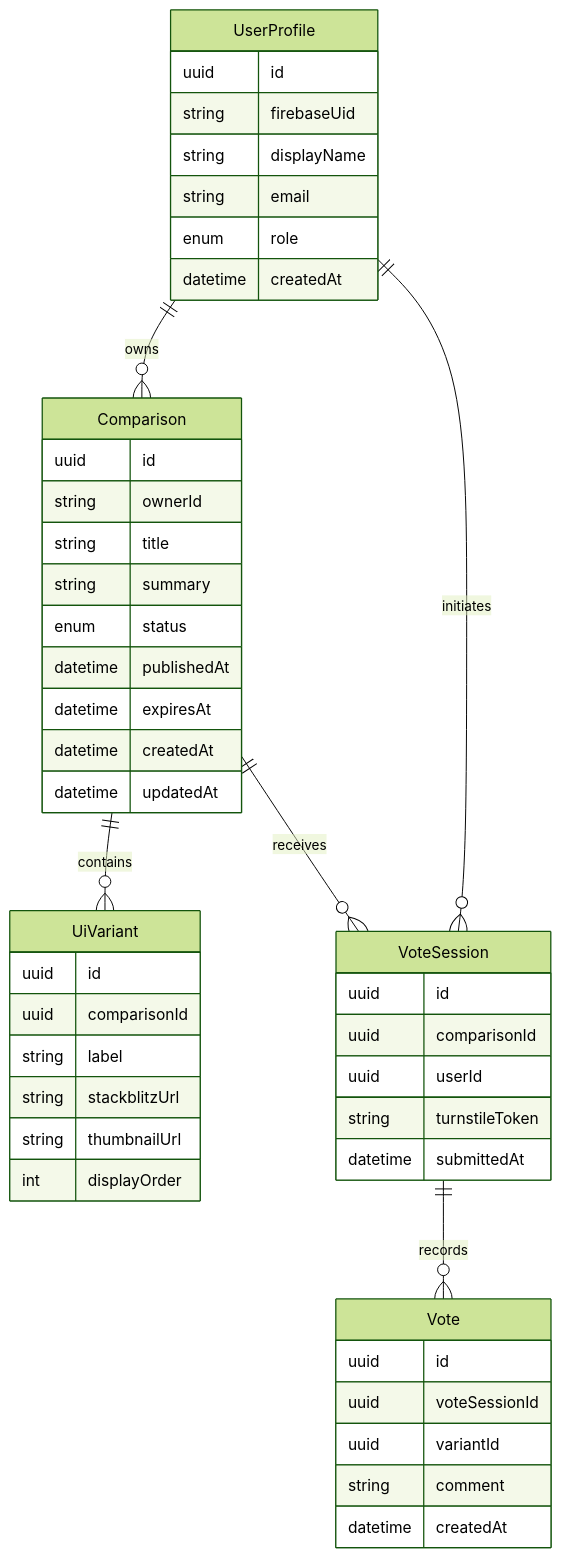
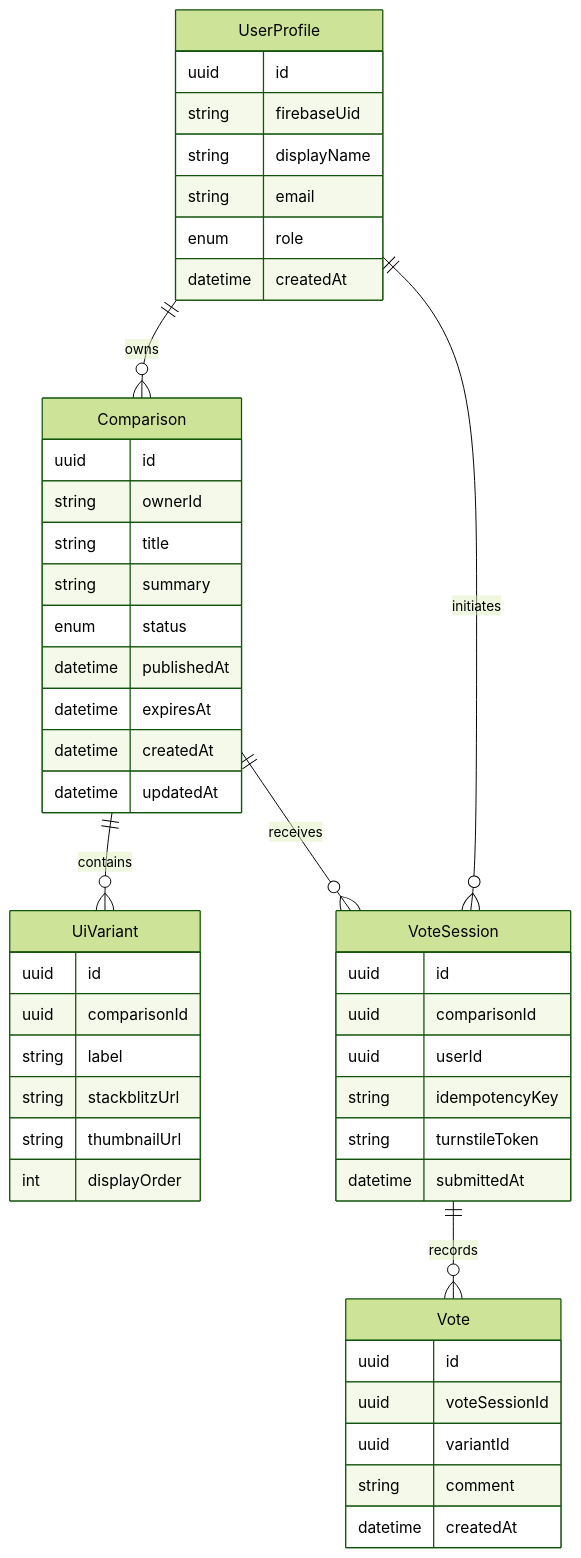
Before and after one commit to ifhito/ui-compare-app: the diagram in specs/domain-model.md, drawn with Mermaid (forest theme). The commit also changed other lines of this file and 13 other files, not shown here.

````diff
--- a/specs/domain-model.md
+++ b/specs/domain-model.md
@@ -19,54 +19,55 @@
 ```mermaid
 erDiagram
     Comparison ||--o{ UiVariant : contains
     Comparison ||--o{ VoteSession : receives
     VoteSession ||--o{ Vote : records
     UserProfile ||--o{ Comparison : owns
     UserProfile ||--o{ VoteSession : initiates
 
     Comparison {
       uuid id
       string ownerId
       string title
       string summary
       enum status
       datetime publishedAt
       datetime expiresAt
       datetime createdAt
       datetime updatedAt
     }
 
     UiVariant {
       uuid id
       uuid comparisonId
       string label
       string stackblitzUrl
       string thumbnailUrl
       int displayOrder
     }
 
     VoteSession {
       uuid id
       uuid comparisonId
       uuid userId
+      string idempotencyKey
       string turnstileToken
       datetime submittedAt
     }
 
     Vote {
       uuid id
       uuid voteSessionId
       uuid variantId
       string comment
       datetime createdAt
     }
 
     UserProfile {
       uuid id
       string firebaseUid
       string displayName
       string email
       enum role
       datetime createdAt
     }
 ```
````
